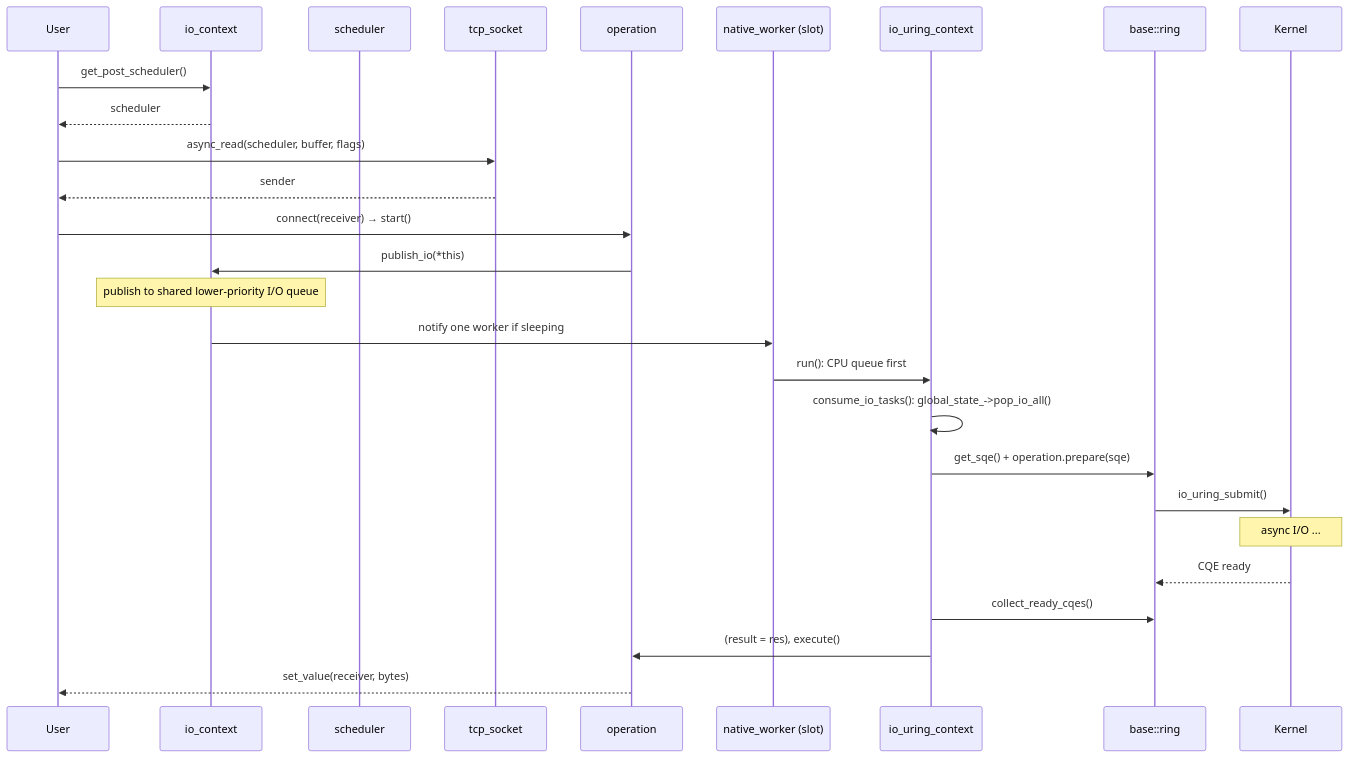
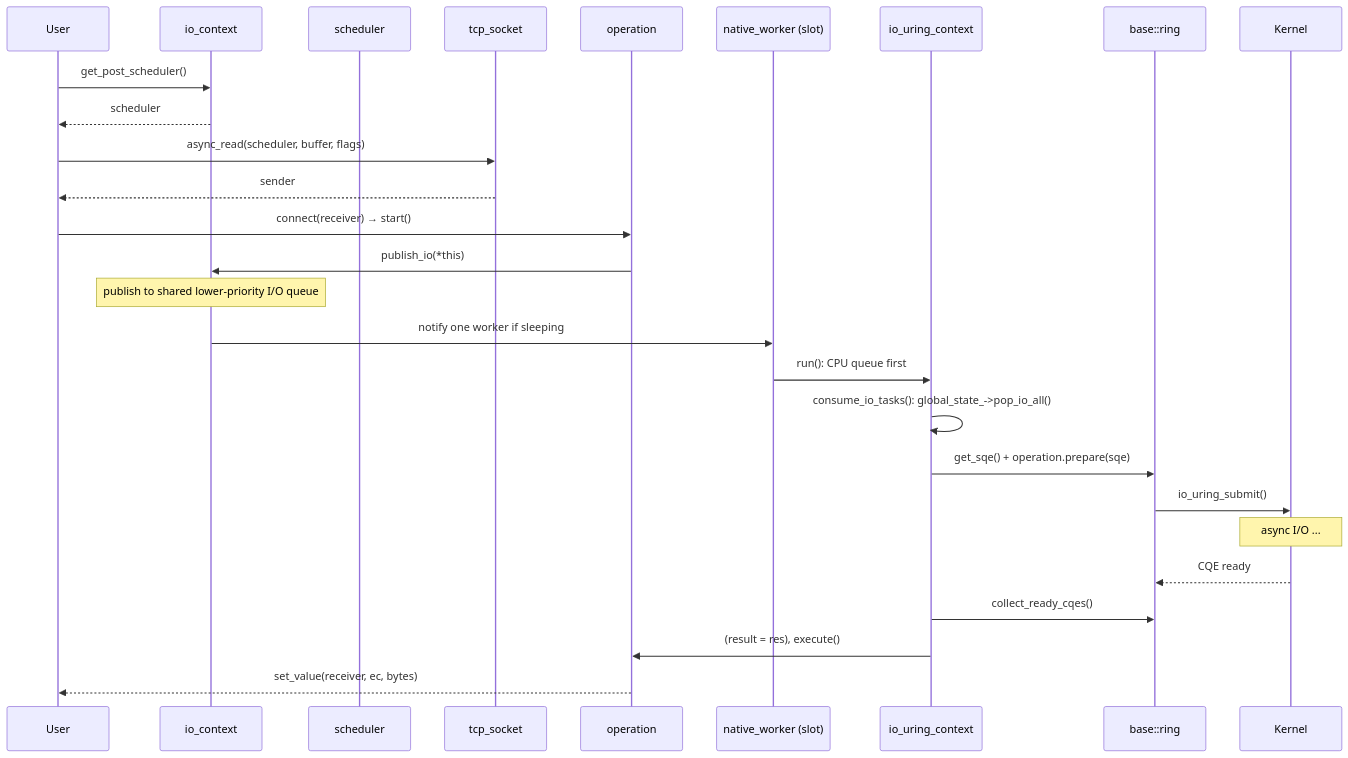
The third of 3 diagrams in docs/design/architecture/io-context-layer.md (haomingbai/bnio), drawn with Mermaid before and after one commit. The commit also changed other lines of this file and 2 other files, not shown here.

First line of the commit message:
docs: sync receiver completion contract with set_{value,error,stopped} semantics

````diff
--- a/docs/design/architecture/io-context-layer.md
+++ b/docs/design/architecture/io-context-layer.md
@@ -275,34 +289,34 @@
 ```mermaid
 sequenceDiagram
     participant User
     participant Ctx as io_context
     participant S as scheduler
     participant Stream as tcp_socket
     participant Op as operation
     participant Worker as native_worker (slot)
     participant UCtx as io_uring_context
     participant Ring as base::ring
     participant K as Kernel
 
     User->>Ctx: get_post_scheduler()
     Ctx-->>User: scheduler
     User->>Stream: async_read(scheduler, buffer, flags)
     Stream-->>User: sender
 
     User->>Op: connect(receiver) → start()
     Op->>Ctx: publish_io(*this)
 
     Note over Ctx: publish to shared lower-priority I/O queue
     Ctx->>Worker: notify one worker if sleeping
     Worker->>UCtx: run(): CPU queue first
     UCtx->>UCtx: consume_io_tasks(): global_state_->pop_io_all()
     UCtx->>Ring: get_sqe() + operation.prepare(sqe)
     Ring->>K: io_uring_submit()
 
     Note over K: async I/O ...
 
     K-->>Ring: CQE ready
     UCtx->>Ring: collect_ready_cqes()
     UCtx->>Op: (result = res), execute()
-    Op-->>User: set_value(receiver, bytes)
+    Op-->>User: set_value(receiver, ec, bytes)
 ```
````
